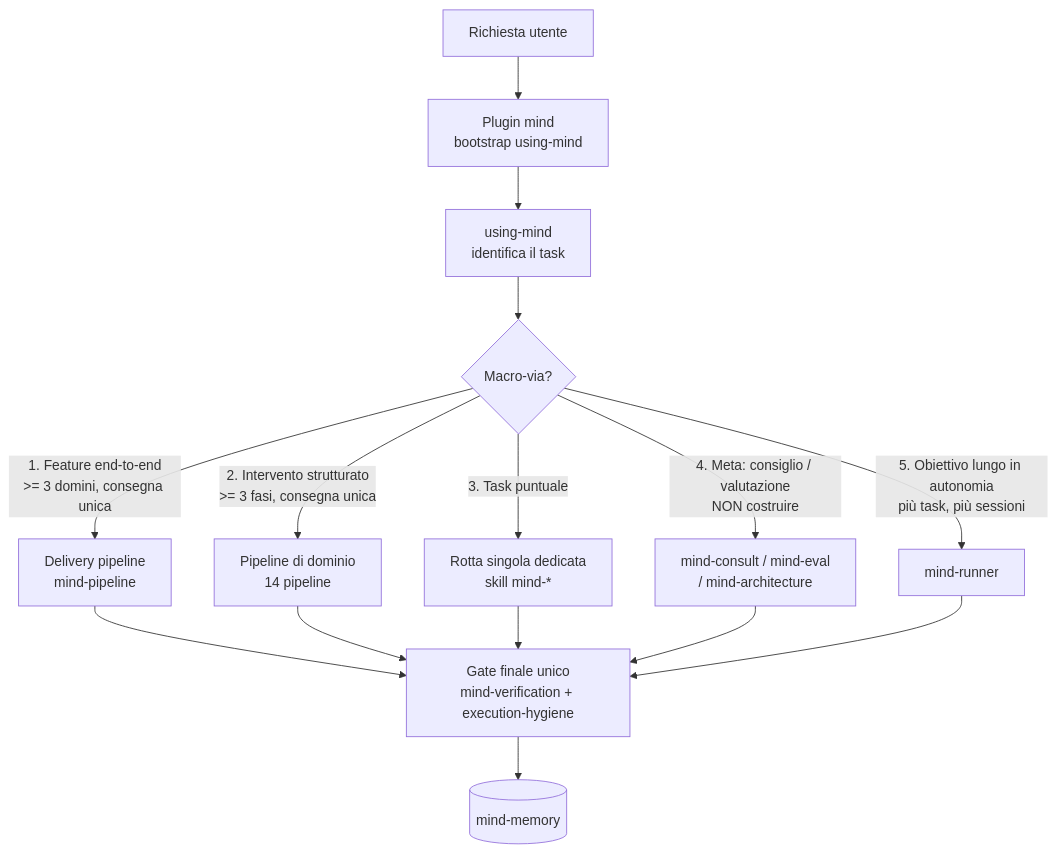
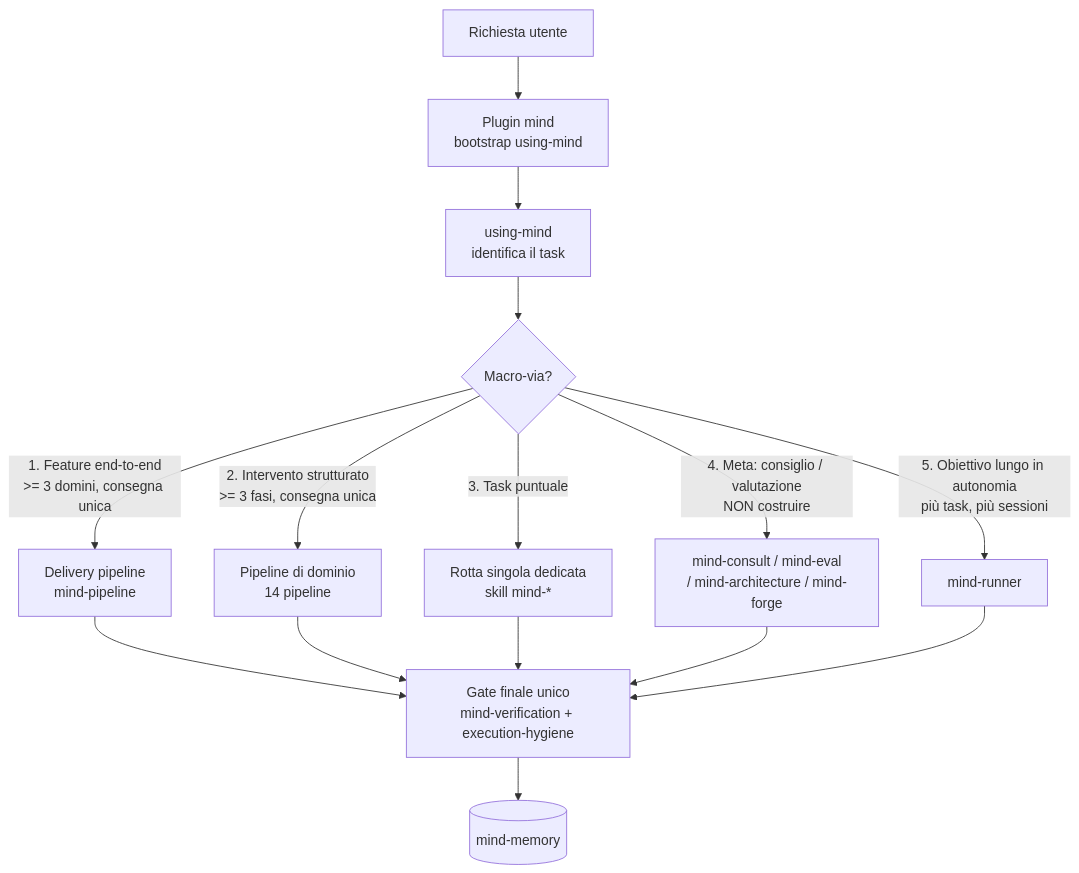
Before and after one commit to Kyriga-CGX/mind-system: the third of 9 diagrams in README.md, drawn with Mermaid. The commit also changed other lines of this file and 9 other files, not shown here.

Commit message:
Add mind-forge (maker: gap diagnosis, gate, skill/agent generation) + forge subagent Sheska + skills-used plugin recorder + routes in orchestrator and docs

````diff
--- a/README.md
+++ b/README.md
@@ -85,17 +85,17 @@
 ```mermaid
 flowchart TD
     IN[Richiesta utente] --> P[Plugin mind<br/>bootstrap using-mind]
     P --> O[using-mind<br/>identifica il task]
     O --> D{Macro-via?}
     D -->|1. Feature end-to-end<br/>>= 3 domini, consegna unica| M1[Delivery pipeline<br/>mind-pipeline]
     D -->|2. Intervento strutturato<br/>>= 3 fasi, consegna unica| M2[Pipeline di dominio<br/>14 pipeline]
     D -->|3. Task puntuale| M3[Rotta singola dedicata<br/>skill mind-*]
-    D -->|4. Meta: consiglio / valutazione<br/>NON costruire| M4[mind-consult / mind-eval<br/>/ mind-architecture]
+    D -->|4. Meta: consiglio / valutazione<br/>NON costruire| M4[mind-consult / mind-eval<br/>/ mind-architecture / mind-forge]
     D -->|5. Obiettivo lungo in autonomia<br/>più task, più sessioni| M5[mind-runner]
     M1 --> G[Gate finale unico<br/>mind-verification + execution-hygiene]
     M2 --> G
     M3 --> G
     M4 --> G
     M5 --> G
     G --> MEM[(mind-memory)]
 ```
````
